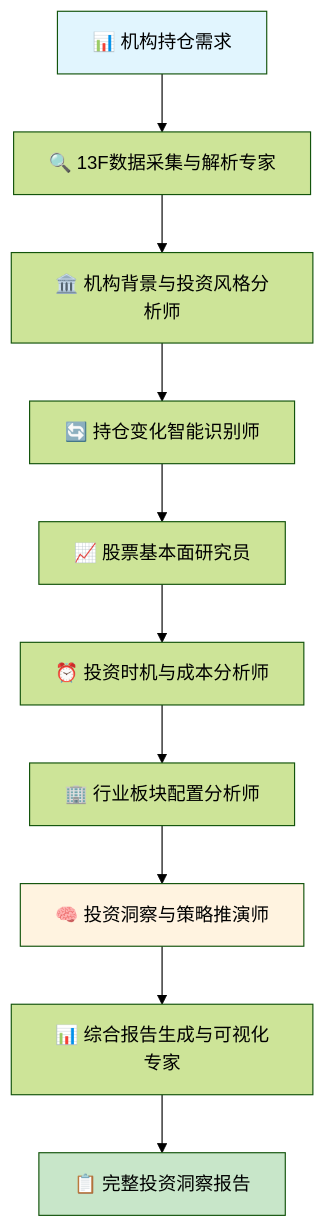
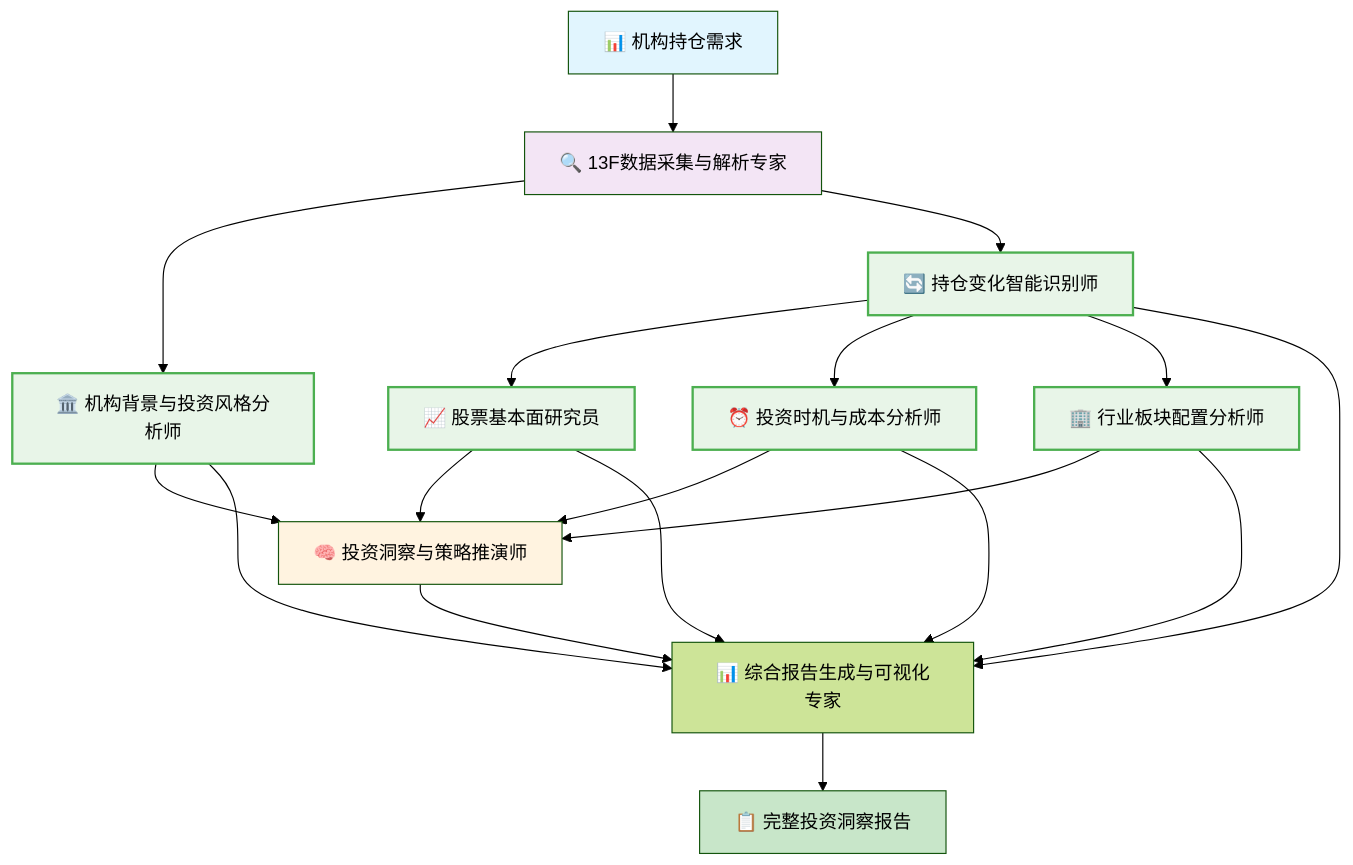
The diagram in use-cases/us-stock-holdings-tracking.md (pftom/refly-use-cases), drawn with Mermaid (forest theme) before and after one commit. The commit also changed other lines of this file, not shown here.

````diff
--- a/use-cases/us-stock-holdings-tracking.md
+++ b/use-cases/us-stock-holdings-tracking.md
@@ -93,16 +537,40 @@
 ```mermaid
 graph TD
     A[📊 机构持仓需求] --> B[🔍 13F数据采集与解析专家]
+    
+    %% 第二层：基于数据的并行分析
     B --> C[🏛️ 机构背景与投资风格分析师]
-    C --> D[🔄 持仓变化智能识别师]
+    B --> D[🔄 持仓变化智能识别师]
+    
+    %% 第三层：基于持仓变化的并行分析
     D --> E[📈 股票基本面研究员]
-    E --> F[⏰ 投资时机与成本分析师]
-    F --> G[🏢 行业板块配置分析师]
-    G --> H[🧠 投资洞察与策略推演师]
+    D --> F[⏰ 投资时机与成本分析师]  
+    D --> G[🏢 行业板块配置分析师]
+    
+    %% 第四层：综合分析（需要等待多个输入）
+    C --> H[🧠 投资洞察与策略推演师]
+    E --> H
+    F --> H
+    G --> H
+    
+    %% 第五层：最终报告生成
     H --> I[📊 综合报告生成与可视化专家]
+    C --> I
+    D --> I
+    E --> I
+    F --> I
+    G --> I
+    
     I --> J[📋 完整投资洞察报告]
     
+    %% 样式设置
     style A fill:#e1f5fe
     style J fill:#c8e6c9
     style H fill:#fff3e0
+    style B fill:#f3e5f5
+    
+    %% 并行处理层标识
+    classDef parallel fill:#e8f5e8,stroke:#4caf50,stroke-width:2px
+    class C,D parallel
+    class E,F,G parallel
 ```
````
